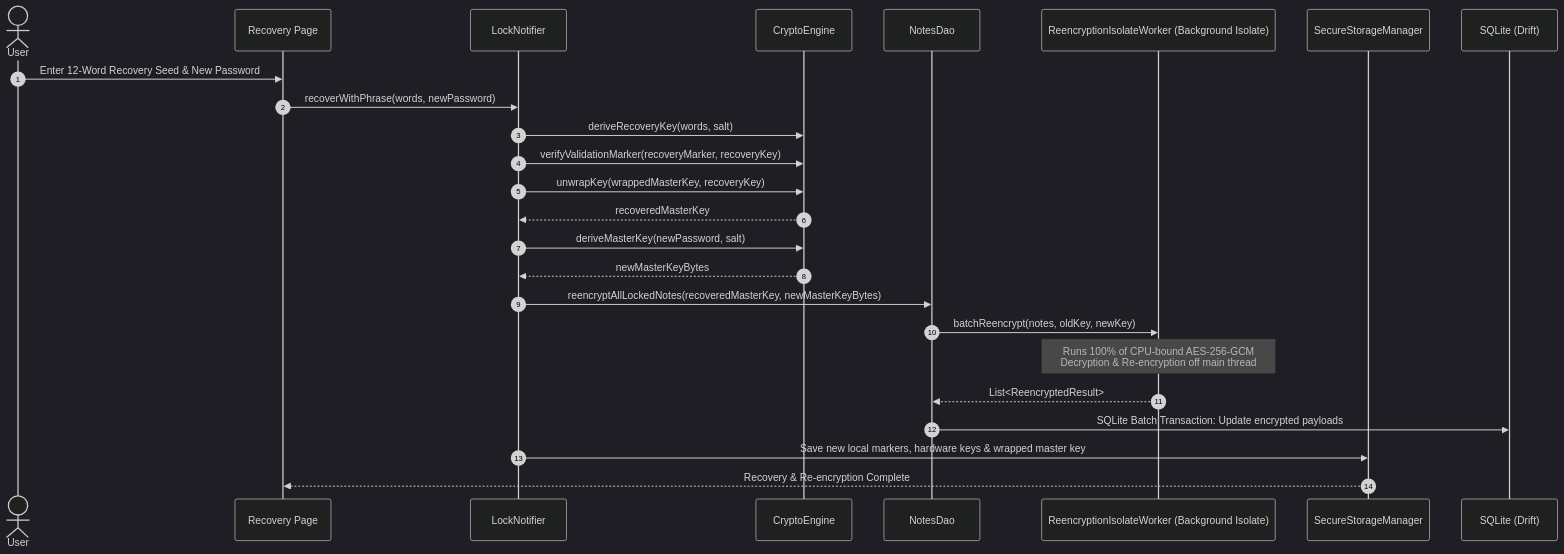
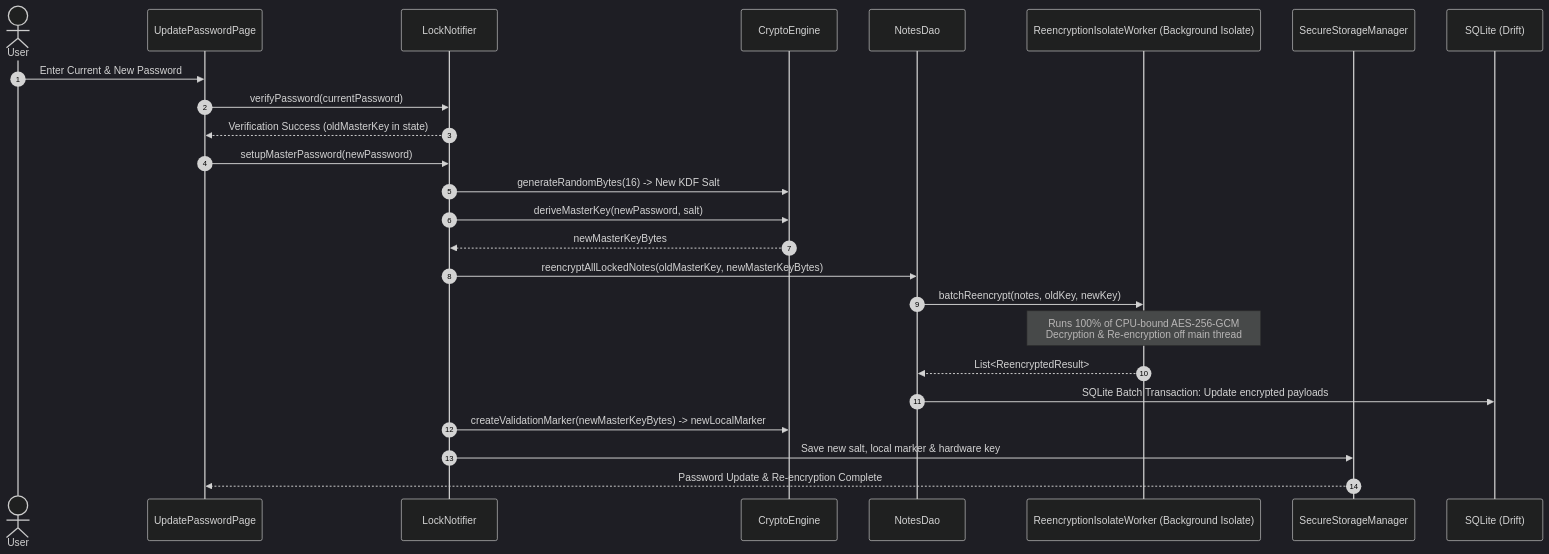
One commit to AshwaniDev101/Flutter-App-NoteIt changed the fourth of 5 diagrams in README.md. Above: the diagram before and after it, drawn with Mermaid (dark theme). The commit also changed other lines of this file and 13 other files, not shown here.

````diff
--- a/README.md
+++ b/README.md
@@ -227,28 +217,28 @@
 ```mermaid
 sequenceDiagram
     autonumber
     actor User
-    participant UI as Recovery Page
+    participant UI as UpdatePasswordPage
     participant Lock as LockNotifier
     participant Crypto as CryptoEngine
     participant DAO as NotesDao
     participant Worker as ReencryptionIsolateWorker (Background Isolate)
     participant Secure as SecureStorageManager
     participant DB as SQLite (Drift)
 
-    User->>UI: Enter 12-Word Recovery Seed & New Password
-    UI->>Lock: recoverWithPhrase(words, newPassword)
-    Lock->>Crypto: deriveRecoveryKey(words, salt)
-    Lock->>Crypto: verifyValidationMarker(recoveryMarker, recoveryKey)
-    Lock->>Crypto: unwrapKey(wrappedMasterKey, recoveryKey)
-    Crypto-->>Lock: recoveredMasterKey
+    User->>UI: Enter Current & New Password
+    UI->>Lock: verifyPassword(currentPassword)
+    Lock-->>UI: Verification Success (oldMasterKey in state)
+    UI->>Lock: setupMasterPassword(newPassword)
+    Lock->>Crypto: generateRandomBytes(16) -> New KDF Salt
     Lock->>Crypto: deriveMasterKey(newPassword, salt)
     Crypto-->>Lock: newMasterKeyBytes
-    Lock->>DAO: reencryptAllLockedNotes(recoveredMasterKey, newMasterKeyBytes)
+    Lock->>DAO: reencryptAllLockedNotes(oldMasterKey, newMasterKeyBytes)
     DAO->>Worker: batchReencrypt(notes, oldKey, newKey)
     Note over Worker: Runs 100% of CPU-bound AES-256-GCM<br/>Decryption & Re-encryption off main thread
     Worker-->>DAO: List<ReencryptedResult>
     DAO->>DB: SQLite Batch Transaction: Update encrypted payloads
-    Lock->>Secure: Save new local markers, hardware keys & wrapped master key
-    Secure-->>UI: Recovery & Re-encryption Complete
+    Lock->>Crypto: createValidationMarker(newMasterKeyBytes) -> newLocalMarker
+    Lock->>Secure: Save new salt, local marker & hardware key
+    Secure-->>UI: Password Update & Re-encryption Complete
 ```
````
